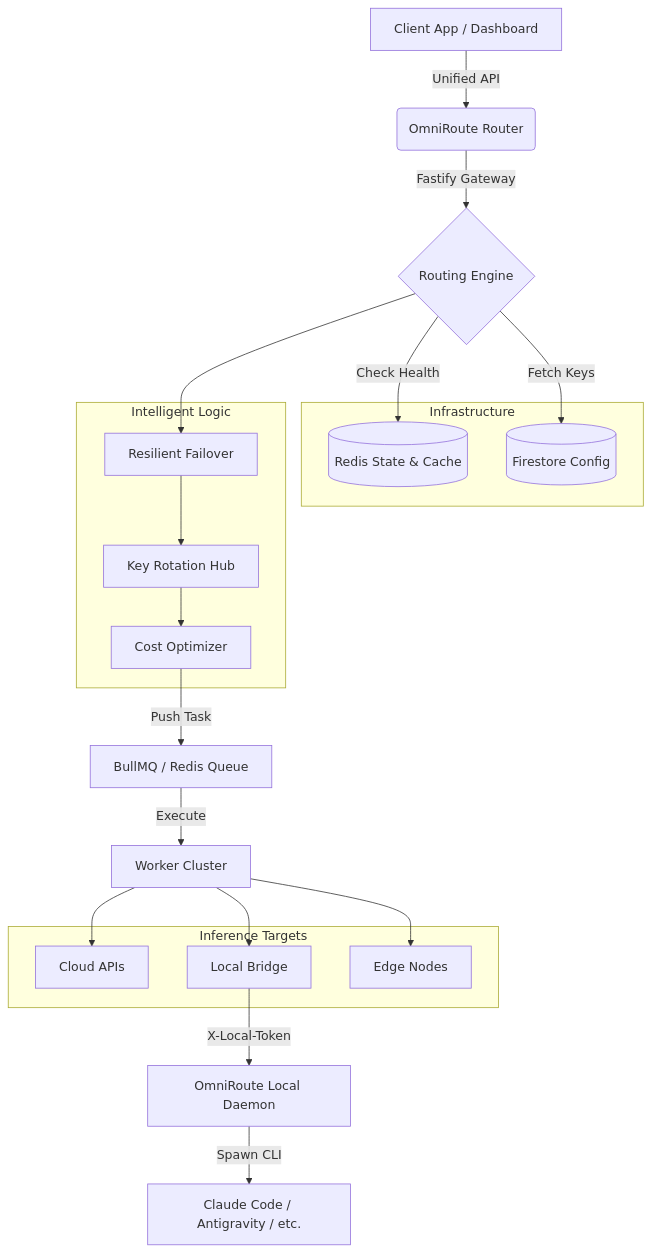
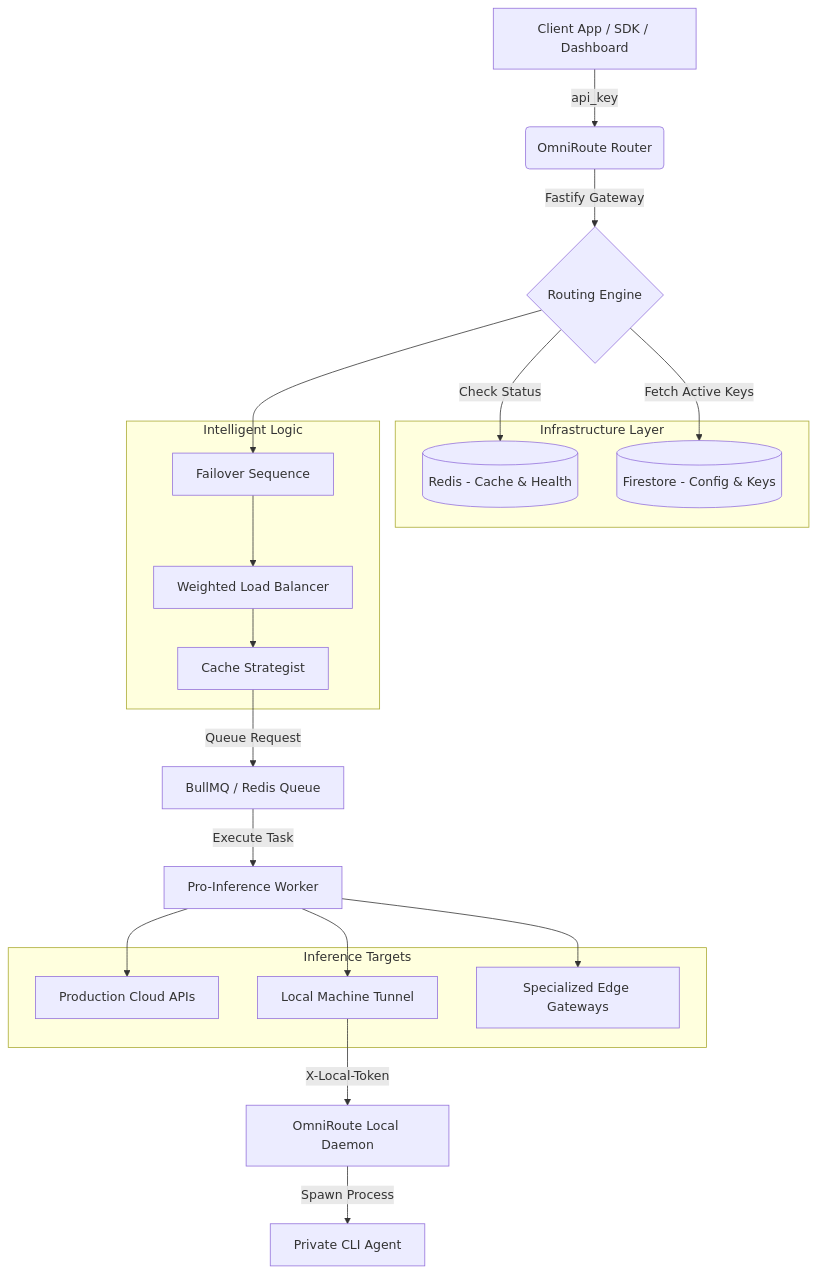
The diagram in README.md (muzahirabbas/OmniRouteAI), drawn with Mermaid before and after one commit. The commit also changed other lines of this file, not shown here.

````diff
--- a/README.md
+++ b/README.md
@@ -41,37 +60,37 @@
 ```mermaid
 graph TD
-    A[Client App / Dashboard] -->|Unified API| B(OmniRoute Router)
+    A[Client App / SDK / Dashboard] -->|api_key| B(OmniRoute Router)
     B -->|Fastify Gateway| C{Routing Engine}
     
-    subgraph "Infrastructure"
-        D[(Redis State & Cache)]
-        E[(Firestore Config)]
+    subgraph "Infrastructure Layer"
+        D[(Redis - Cache & Health)]
+        E[(Firestore - Config & Keys)]
     end
     
-    C -->|Check Health| D
-    C -->|Fetch Keys| E
+    C -->|Check Status| D
+    C -->|Fetch Active Keys| E
     
     subgraph "Intelligent Logic"
-        F[Resilient Failover]
-        G[Key Rotation Hub]
-        H[Cost Optimizer]
+        F[Failover Sequence]
+        G[Weighted Load Balancer]
+        H[Cache Strategist]
     end
     
     C --> F --> G --> H
-    H -->|Push Task| I[BullMQ / Redis Queue]
+    H -->|Queue Request| I[BullMQ / Redis Queue]
     
-    I -->|Execute| J[Worker Cluster]
+    I -->|Execute Task| J[Pro-Inference Worker]
     
     subgraph "Inference Targets"
-        K[Cloud APIs]
-        L[Local Bridge]
-        M[Edge Nodes]
+        K[Production Cloud APIs]
+        L[Local Machine Tunnel]
+        M[Specialized Edge Gateways]
     end
     
     J --> K
     J --> L
     J --> M
     
     L -->|X-Local-Token| N[OmniRoute Local Daemon]
-    N -->|Spawn CLI| O[Claude Code / Antigravity / etc.]
+    N -->|Spawn Process| O[Private CLI Agent]
 ```
````
